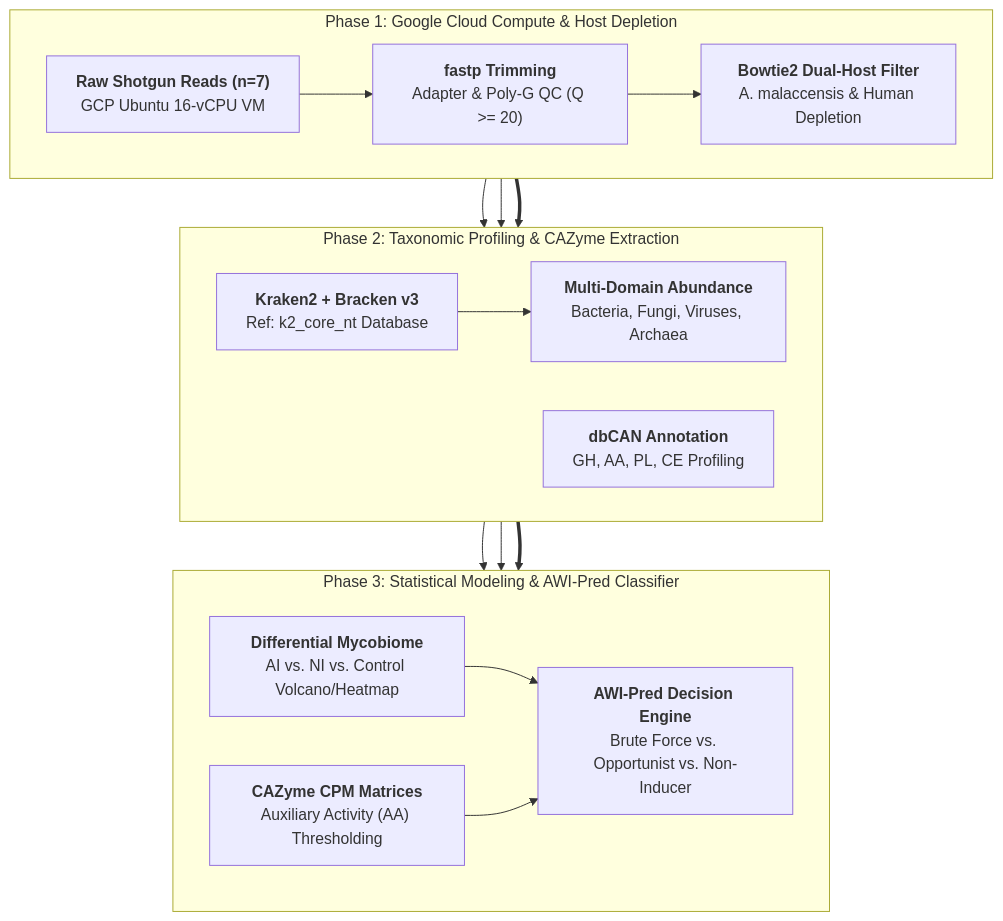
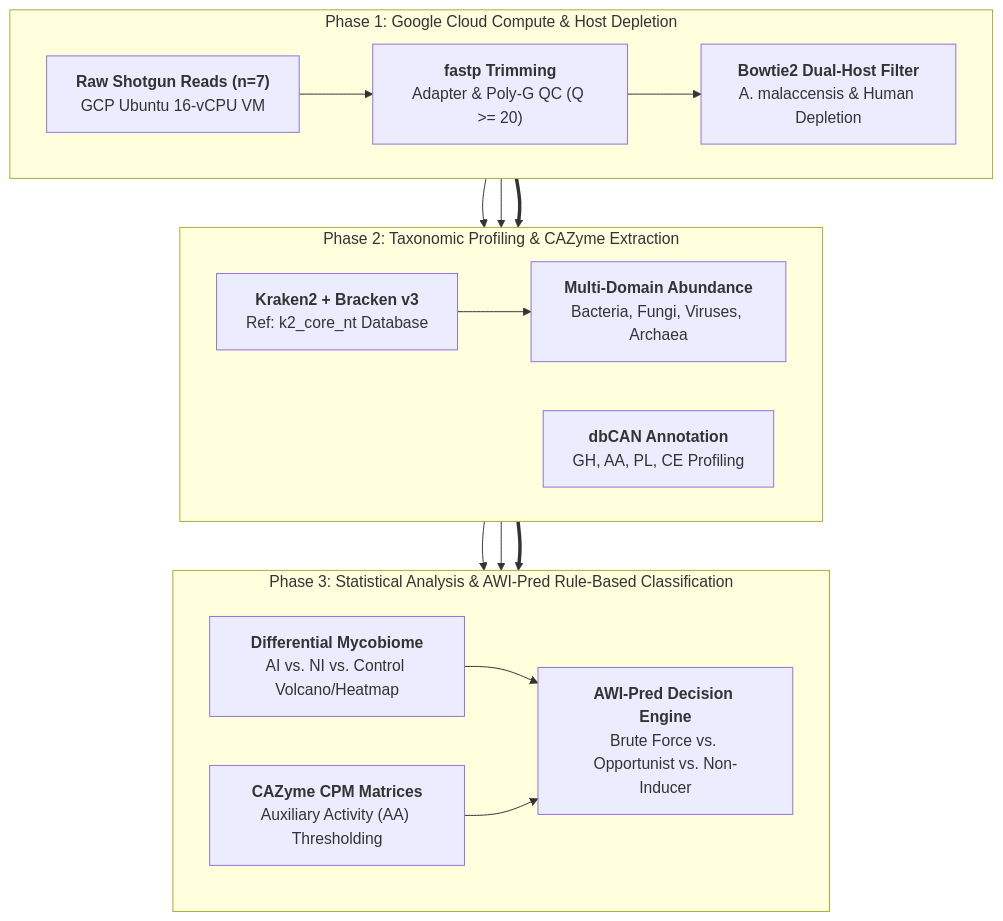
The diagram in README.md (Soash/agarwood-induction-metagenomics), drawn with Mermaid before and after one commit. The commit also changed other lines of this file, not shown here.

First line of the commit message:
docs: describe AWI-Pred as rule-based classifier and state sample limitations

````diff
--- a/README.md
+++ b/README.md
@@ -90,21 +90,21 @@
 ```mermaid
 flowchart TD
     subgraph P1 ["Phase 1: Google Cloud Compute & Host Depletion"]
         direction LR
         A["<b>Raw Shotgun Reads (n=7)</b><br/>GCP Ubuntu 16-vCPU VM"] --> B["<b>fastp Trimming</b><br/>Adapter & Poly-G QC (Q >= 20)"] --> C["<b>Bowtie2 Dual-Host Filter</b><br/>A. malaccensis & Human Depletion"]
     end
 
     subgraph P2 ["Phase 2: Taxonomic Profiling & CAZyme Extraction"]
         direction LR
         C --> D["<b>Kraken2 + Bracken v3</b><br/>Ref: k2_core_nt Database"] --> E["<b>Multi-Domain Abundance</b><br/>Bacteria, Fungi, Viruses, Archaea"]
         C --> F["<b>dbCAN Annotation</b><br/>GH, AA, PL, CE Profiling"]
     end
 
-    subgraph P3 ["Phase 3: Statistical Modeling & AWI-Pred Classifier"]
+    subgraph P3 ["Phase 3: Statistical Analysis & AWI-Pred Rule-Based Classification"]
         direction LR
         E --> G["<b>Differential Mycobiome</b><br/>AI vs. NI vs. Control Volcano/Heatmap"] --> I["<b>AWI-Pred Decision Engine</b><br/>Brute Force vs. Opportunist vs. Non-Inducer"]
         F --> H["<b>CAZyme CPM Matrices</b><br/>Auxiliary Activity (AA) Thresholding"] --> I
     end
 
     P1 ==> P2 ==> P3
 ```
````
